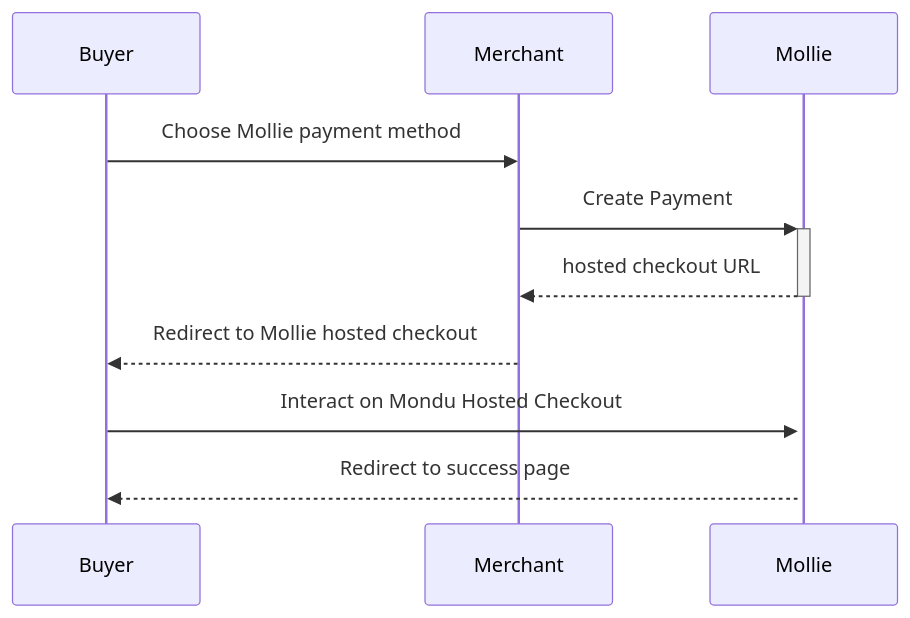
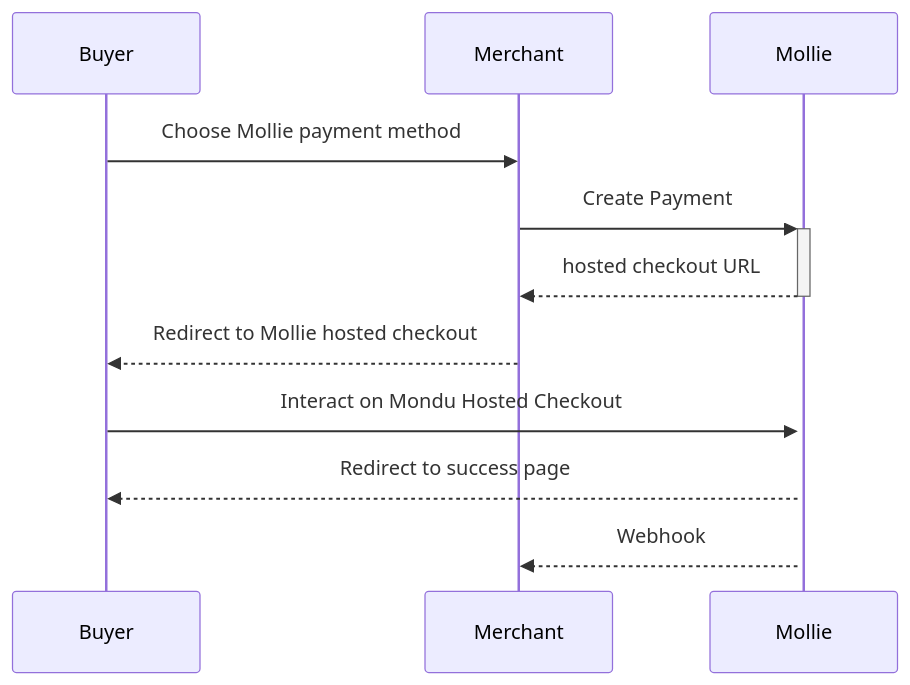
One commit to moarief/mollie-next changed the diagram in README.md. Above: the diagram before and after it, drawn with Mermaid. The commit also changed other lines of this file, not shown here.

````diff
--- a/README.md
+++ b/README.md
@@ -7,10 +7,11 @@
 ```mermaid
 sequenceDiagram
     Buyer ->> Merchant: Choose Mollie payment method
     Merchant ->>+ Mollie: Create Payment
     Mollie -->>- Merchant: hosted checkout URL
     Merchant -->> Buyer: Redirect to Mollie hosted checkout
     Buyer ->>+ Mollie: Interact on Mondu Hosted Checkout
     Mollie -->> Buyer: Redirect to success page
+    Mollie -->> Merchant: Webhook
 
 ```
````
